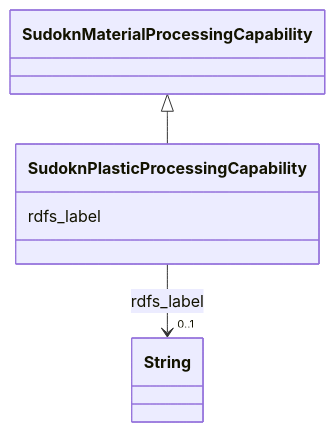
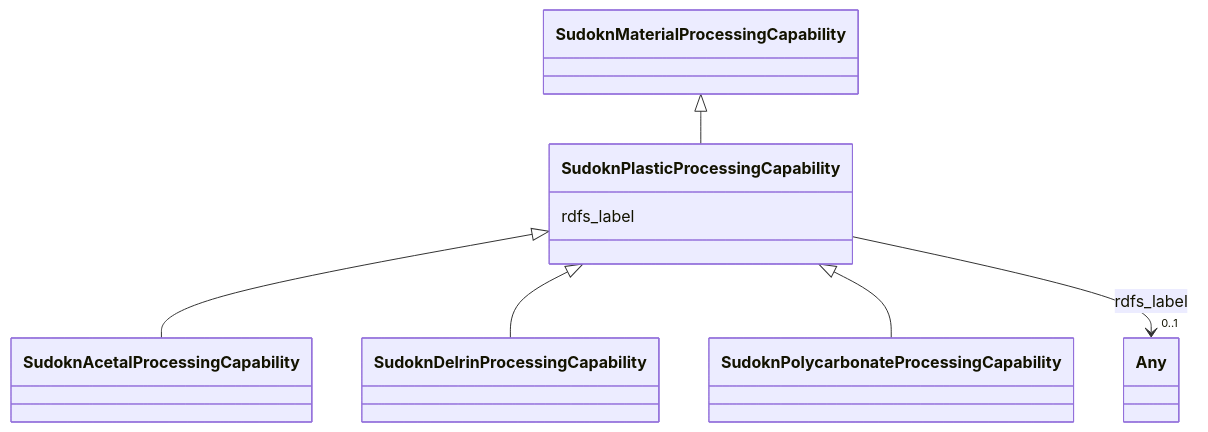
Before and after one commit to frink-okn/graph-descriptions: the diagram in sudokn-kg/classes/SudoknPlasticProcessingCapability.md, drawn with Mermaid. The commit also changed other lines of this file and 903 other files, not shown here.

````diff
--- a/sudokn-kg/classes/SudoknPlasticProcessingCapability.md
+++ b/sudokn-kg/classes/SudoknPlasticProcessingCapability.md
@@ -23,18 +18,27 @@
 ```mermaid
  classDiagram
     class SudoknPlasticProcessingCapability
     click SudoknPlasticProcessingCapability href "../SudoknPlasticProcessingCapability"
       SudoknMaterialProcessingCapability <|-- SudoknPlasticProcessingCapability
         click SudoknMaterialProcessingCapability href "../SudoknMaterialProcessingCapability"
       
+
+      SudoknPlasticProcessingCapability <|-- SudoknAcetalProcessingCapability
+        click SudoknAcetalProcessingCapability href "../SudoknAcetalProcessingCapability"
+      SudoknPlasticProcessingCapability <|-- SudoknDelrinProcessingCapability
+        click SudoknDelrinProcessingCapability href "../SudoknDelrinProcessingCapability"
+      SudoknPlasticProcessingCapability <|-- SudoknPolycarbonateProcessingCapability
+        click SudoknPolycarbonateProcessingCapability href "../SudoknPolycarbonateProcessingCapability"
+      
+      
       SudoknPlasticProcessingCapability : rdfs_label
         
           
     
     
-    SudoknPlasticProcessingCapability --> "0..1" String : rdfs_label
-    click String href "../String"
+    SudoknPlasticProcessingCapability --> "0..1" Any : rdfs_label
+    click Any href "../Any"
 
         
       
 ```
````
